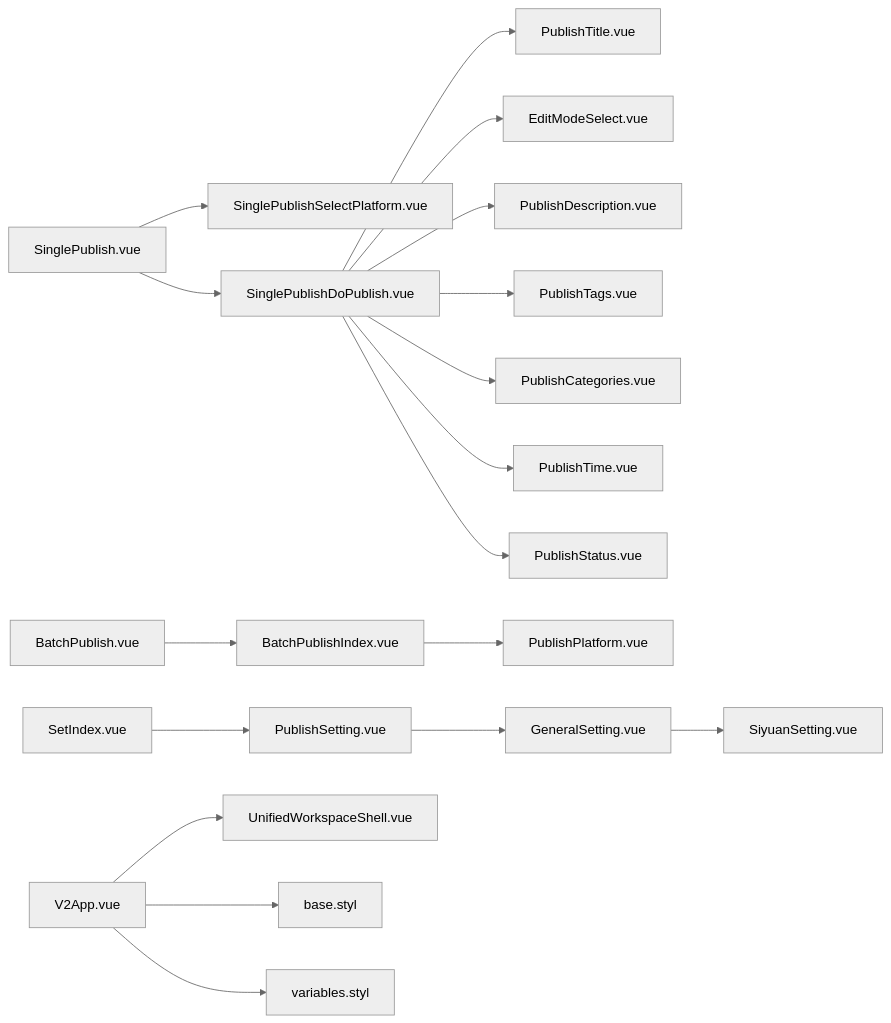
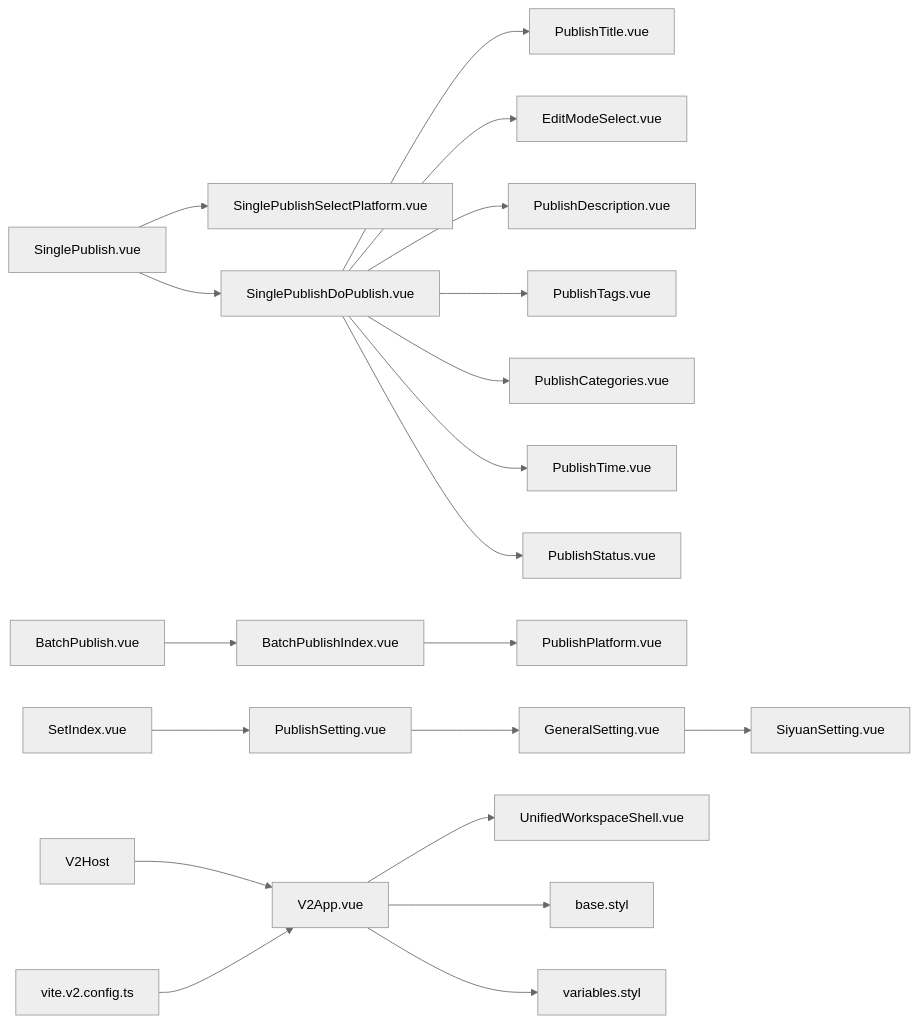
One commit to terwer/siyuan-plugin-publisher changed the seventh of 7 diagrams in .qoder/repowiki/zh/content/用户界面组件/用户界面组件.md. Above: the diagram before and after it, drawn with Mermaid (neutral theme). The commit also changed other lines of this file and 9 other files, not shown here.

````diff
--- a/.qoder/repowiki/zh/content/用户界面组件/用户界面组件.md
+++ b/.qoder/repowiki/zh/content/用户界面组件/用户界面组件.md
@@ -522,20 +652,22 @@
 ```mermaid
 graph LR
 SP["SinglePublish.vue"] --> SPS["SinglePublishSelectPlatform.vue"]
 SP --> SPD["SinglePublishDoPublish.vue"]
 BP["BatchPublish.vue"] --> BPI["BatchPublishIndex.vue"]
 BPI --> PF["PublishPlatform.vue"]
 SPD --> PT["PublishTitle.vue"]
 SPD --> PES["EditModeSelect.vue"]
 SPD --> PD["PublishDescription.vue"]
 SPD --> PTAG["PublishTags.vue"]
 SPD --> PCAT["PublishCategories.vue"]
 SPD --> PTIM["PublishTime.vue"]
 SPD --> PSTA["PublishStatus.vue"]
 SI["SetIndex.vue"] --> PS["PublishSetting.vue"]
 PS --> GS["GeneralSetting.vue"]
 GS --> SS["SiyuanSetting.vue"]
 V2APP["V2App.vue"] --> UWS["UnifiedWorkspaceShell.vue"]
 V2APP --> BASE["base.styl"]
 V2APP --> VAR["variables.styl"]
+V2HOST["V2Host"] --> V2APP
+VITE["vite.v2.config.ts"] --> V2APP
 ```
````
